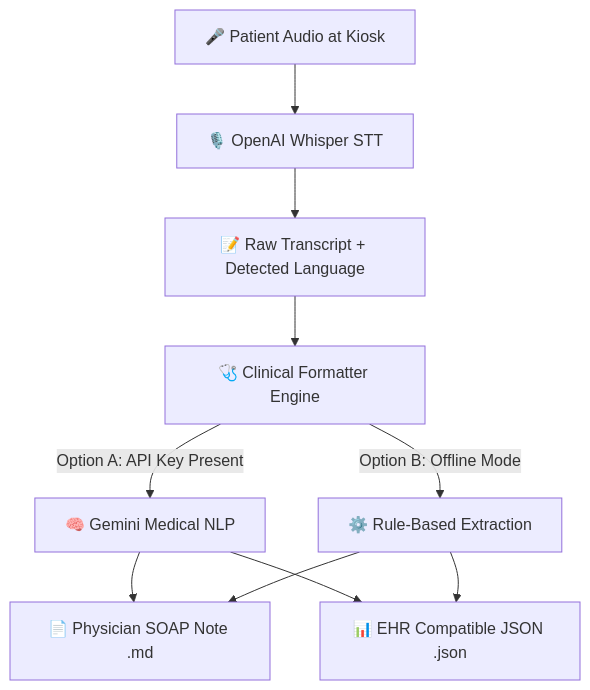
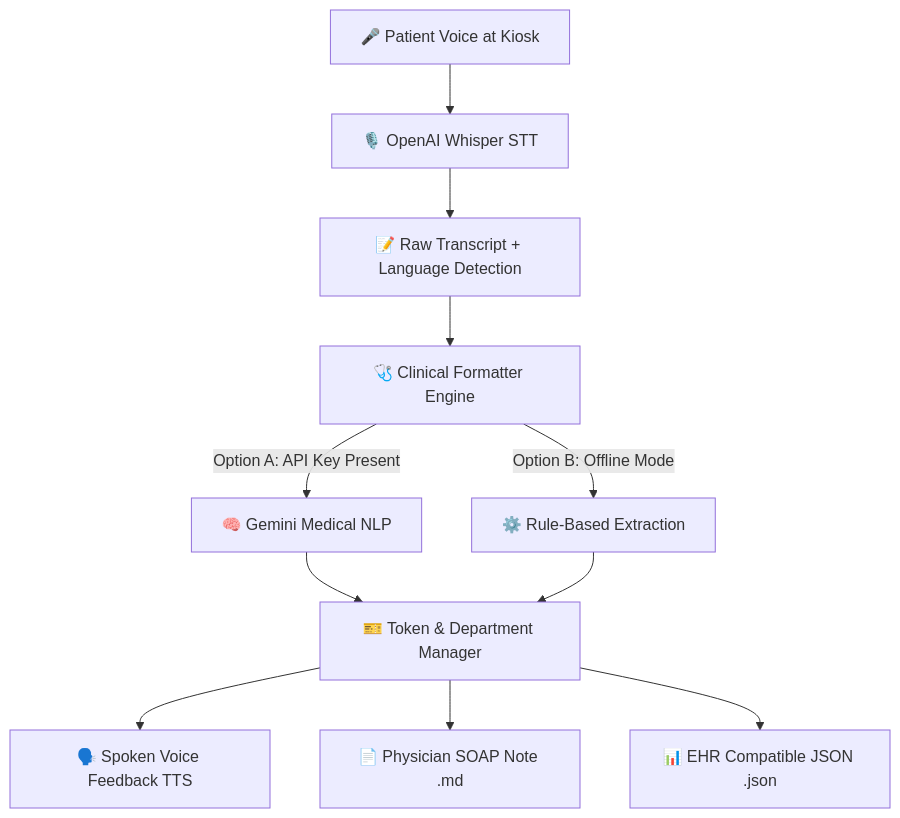
The diagram in README.md (syashas150506-a11y/SIH_2026), drawn with Mermaid before and after one commit. The commit also changed other lines of this file and 7 other files, not shown here.

Commit message:
feat: add interactive voice kiosk, TTS engine, token generation, and department routing

````diff
--- a/README.md
+++ b/README.md
@@ -27,12 +24,13 @@
 ```mermaid
 graph TD
-    A[🎤 Patient Audio at Kiosk] --> B[🎙️ OpenAI Whisper STT]
-    B --> C[📝 Raw Transcript + Detected Language]
+    A[🎤 Patient Voice at Kiosk] --> B[🎙️ OpenAI Whisper STT]
+    B --> C[📝 Raw Transcript + Language Detection]
     C --> D[🩺 Clinical Formatter Engine]
     D -->|Option A: API Key Present| E[🧠 Gemini Medical NLP]
     D -->|Option B: Offline Mode| F[⚙️ Rule-Based Extraction]
-    E --> G[📄 Physician SOAP Note .md]
+    E --> G[🎫 Token & Department Manager]
     F --> G
-    E --> H[📊 EHR Compatible JSON .json]
-    F --> H
+    G --> H[🗣️ Spoken Voice Feedback TTS]
+    G --> I[📄 Physician SOAP Note .md]
+    G --> J[📊 EHR Compatible JSON .json]
 ```
````
